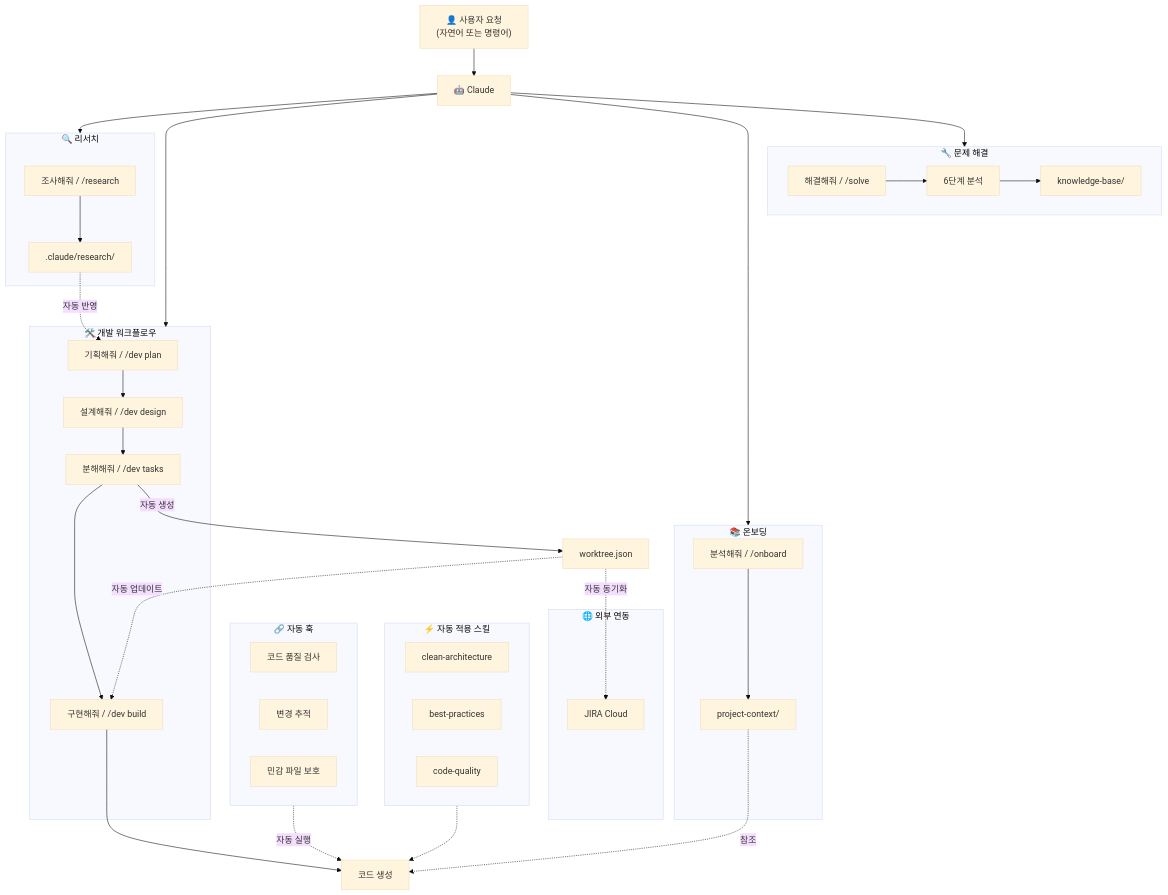
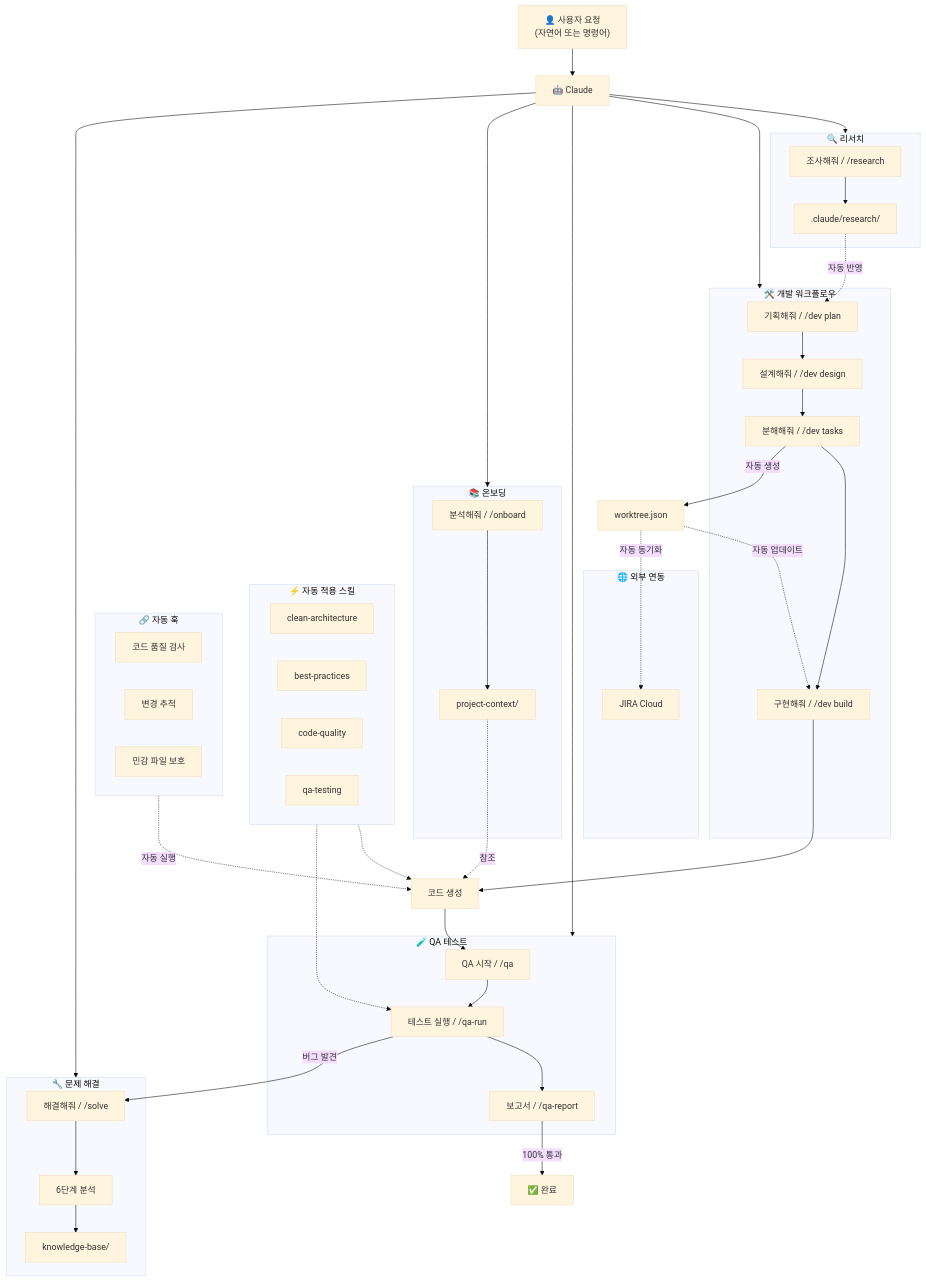
One commit to Wondermove-Inc/calab-claude-plugin changed the first of 7 diagrams in README.md. Above: the diagram before and after it, drawn with Mermaid (base theme). The commit also changed other lines of this file and 1 other file, not shown here.

````diff
--- a/README.md
+++ b/README.md
@@ -143,53 +143,64 @@
 ```mermaid
 flowchart TB
     U["👤 사용자 요청<br/>(자연어 또는 명령어)"] --> C["🤖 Claude"]
 
     subgraph Research["🔍 리서치"]
         R1["조사해줘 / /research"] --> R2[".claude/research/"]
     end
 
     subgraph Dev["🛠️ 개발 워크플로우"]
         D1["기획해줘 / /dev plan"] --> D2["설계해줘 / /dev design"]
         D2 --> D3["분해해줘 / /dev tasks"]
         D3 --> D4["구현해줘 / /dev build"]
+    end
+
+    subgraph QA["🧪 QA 테스트"]
+        Q1["QA 시작 / /qa"] --> Q2["테스트 실행 / /qa-run"]
+        Q2 --> Q3["보고서 / /qa-report"]
     end
 
     subgraph Onboard["📚 온보딩"]
         O1["분석해줘 / /onboard"] --> O2["project-context/"]
     end
 
     subgraph Solve["🔧 문제 해결"]
         SV1["해결해줘 / /solve"] --> SV2["6단계 분석"]
         SV2 --> SV3["knowledge-base/"]
     end
 
     subgraph Skills["⚡ 자동 적용 스킬"]
         S1["clean-architecture"]
         S2["best-practices"]
         S3["code-quality"]
+        S4["qa-testing"]
     end
 
     subgraph Hooks["🔗 자동 훅"]
         H1["코드 품질 검사"]
         H2["변경 추적"]
         H3["민감 파일 보호"]
     end
 
     subgraph External["🌐 외부 연동"]
         J1["JIRA Cloud"]
     end
 
     C --> Research
     C --> Dev
+    C --> QA
     C --> Onboard
     C --> Solve
 
     R2 -.->|자동 반영| D1
     D3 -->|자동 생성| W1["worktree.json"]
     W1 -.->|자동 업데이트| D4
     W1 -.->|자동 동기화| J1
     D4 --> Code["코드 생성"]
+    Code --> Q1
+    Q2 -->|버그 발견| SV1
+    Q3 -->|100% 통과| Done["✅ 완료"]
     Skills -.-> Code
+    Skills -.-> Q2
     Hooks -.->|자동 실행| Code
     O2 -.->|참조| Code
 ```
````
